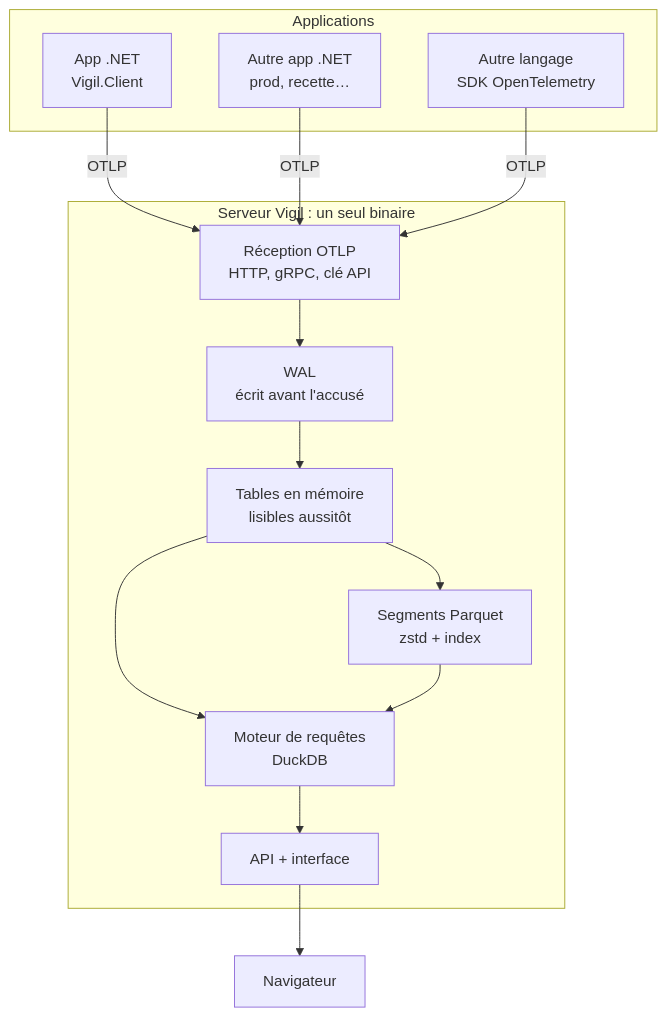
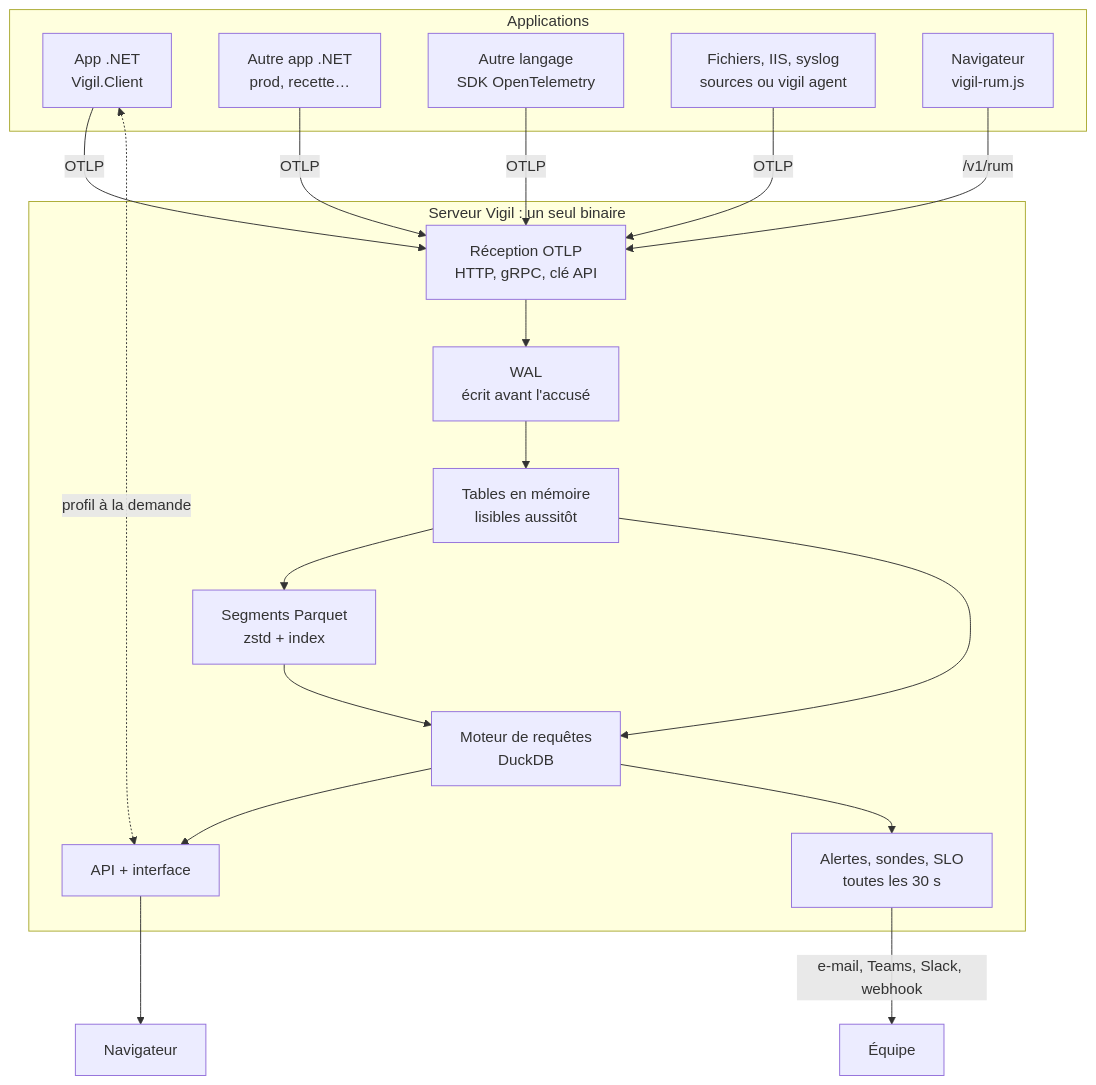
One commit to wolflog-dev/wolflog changed the diagram in README.md. Above: the diagram before and after it, drawn with Mermaid. The commit also changed other lines of this file and 4 other files, not shown here.

Commit message:
Vue d'ensemble « en ce moment » (alertes, sondes, objectifs, santé), rechargement automatique après mise à jour de l'interface, README complet, paquet de profilage dans les livrables

````diff
--- a/README.md
+++ b/README.md
@@ -267,18 +359,24 @@
 ```mermaid
 flowchart TB
     subgraph apps[Applications]
         A[App .NET<br/>Vigil.Client]
         B[Autre app .NET<br/>prod, recette…]
         C[Autre langage<br/>SDK OpenTelemetry]
+        F[Fichiers, IIS, syslog<br/>sources ou vigil agent]
+        G[Navigateur<br/>vigil-rum.js]
     end
     subgraph vigil[Serveur Vigil : un seul binaire]
         R[Réception OTLP<br/>HTTP, gRPC, clé API] --> W[WAL<br/>écrit avant l'accusé]
         W --> M[Tables en mémoire<br/>lisibles aussitôt]
         M --> P[Segments Parquet<br/>zstd + index]
         M --> Q[Moteur de requêtes<br/>DuckDB]
         P --> Q
         Q --> UI[API + interface]
+        Q --> AL[Alertes, sondes, SLO<br/>toutes les 30 s]
     end
-    A & B & C -->|OTLP| R
+    A & B & C & F -->|OTLP| R
+    G -->|/v1/rum| R
+    AL -->|e-mail, Teams, Slack, webhook| T[Équipe]
+    A <-.->|profil à la demande| UI
     UI --> N[Navigateur]
 ```
````
